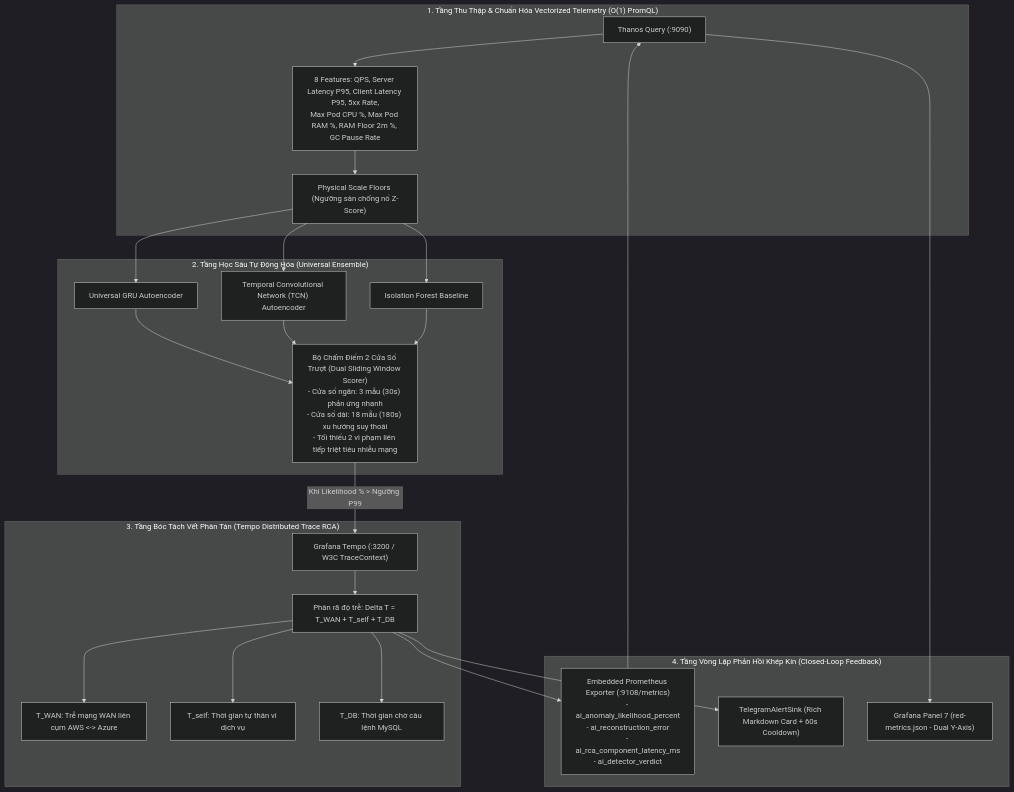
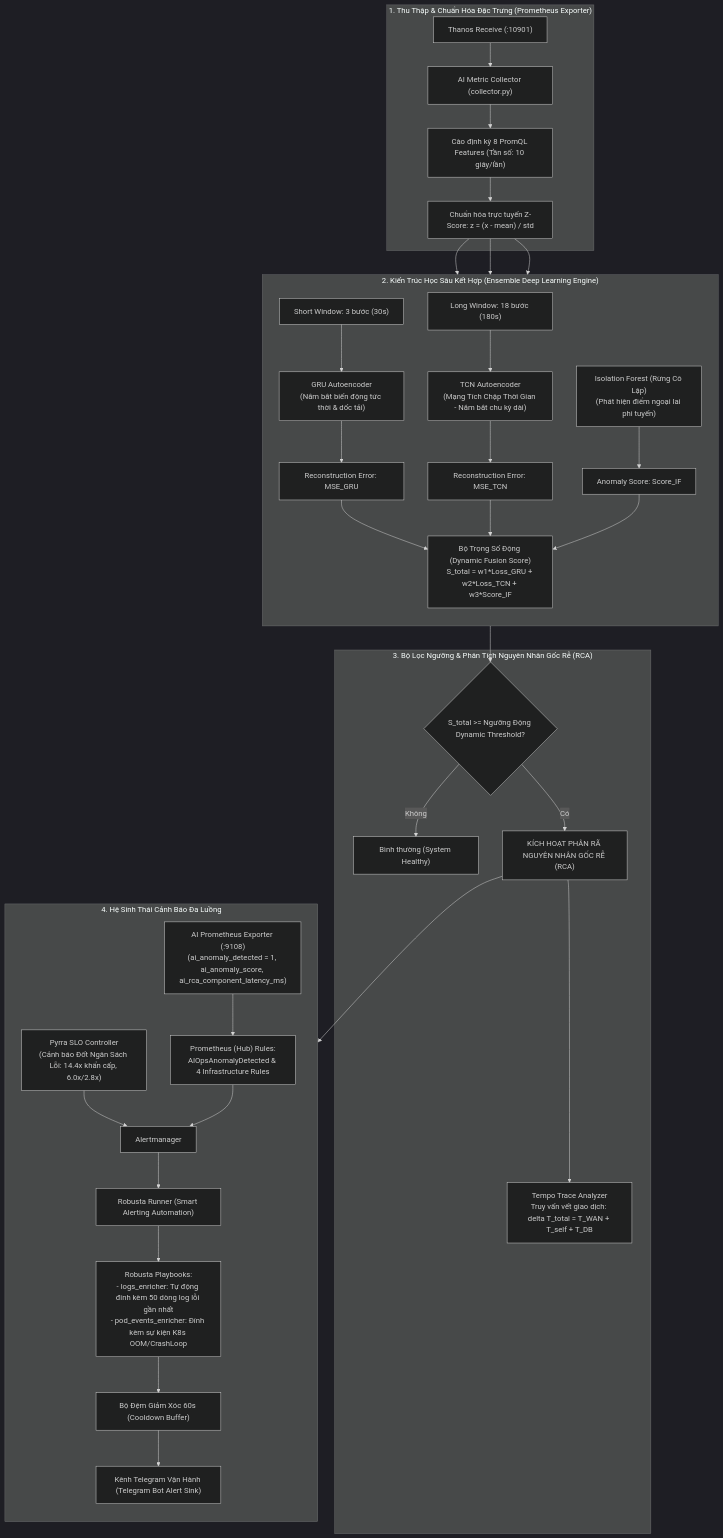
One commit to nnviet23/multicloud-monitoring changed the sixth of 6 diagrams in docs/architecture/01_SystemArchitecturePlan.md. Above: the diagram before and after it, drawn with Mermaid (dark theme). The commit also changed other lines of this file and 117 other files, not shown here.

Commit message:
update diagram, schema and report based Otel Semantics Conv

````diff
--- a/docs/architecture/01_SystemArchitecturePlan.md
+++ b/docs/architecture/01_SystemArchitecturePlan.md
@@ -481,39 +568,47 @@
 ```mermaid
-flowchart TB
-    subgraph DataPlane ["1. Tầng Thu Thập & Chuẩn Hóa Vectorized Telemetry (O(1) PromQL)"]
-        ThanosEngine["Thanos Query (:9090)"]
-        Features["8 Features: QPS, Server Latency P95, Client Latency P95, 5xx Rate,\nMax Pod CPU %, Max Pod RAM %, RAM Floor 2m %, GC Pause Rate"]
-        ScaleFloors["Physical Scale Floors (Ngưỡng sàn chống nổ Z-Score)"]
-        ThanosEngine --> Features --> ScaleFloors
-    end
+flowchart TD
+  subgraph Data_Collection ["1. Thu Thập & Chuẩn Hóa Đặc Trưng (Prometheus Exporter)"]
+    Thanos["Thanos Receive (:10901)"] --> Collector["AI Metric Collector (collector.py)"]
+    Collector --> PromQL_8["Cào định kỳ 8 PromQL Features (Tần số: 10 giây/lần)"]
+    PromQL_8 --> Z_Score["Chuẩn hóa trực tuyến Z-Score: z = (x - mean) / std"]
+  end
 
-    subgraph ModelPlane ["2. Tầng Học Sâu Tự Động Hóa (Universal Ensemble)"]
-        GRU["Universal GRU Autoencoder"]
-        TCN["Temporal Convolutional Network (TCN) Autoencoder"]
-        IsoForest["Isolation Forest Baseline"]
-        DualWindow["Bộ Chấm Điểm 2 Cửa Sổ Trượt (Dual Sliding Window Scorer)\n- Cửa sổ ngắn: 3 mẫu (30s) phản ứng nhanh\n- Cửa sổ dài: 18 mẫu (180s) xu hướng suy thoái\n- Tối thiểu 2 vi phạm liên tiếp triệt tiêu nhiễu mạng"]
-        
-        ScaleFloors --> GRU & TCN & IsoForest --> DualWindow
-    end
+  subgraph AI_Ensemble ["2. Kiến Trúc Học Sâu Kết Hợp (Ensemble Deep Learning Engine)"]
+    direction TB
+    Z_Score --> SwShort["Short Window: 3 bước (30s)"]
+    Z_Score --> SwLong["Long Window: 18 bước (180s)"]
+    
+    SwShort --> GRU_AE["GRU Autoencoder\n(Nắm bắt biến động tức thời & dốc tải)"]
+    SwLong --> TCN_AE["TCN Autoencoder\n(Mạng Tích Chập Thời Gian - Nắm bắt chu kỳ dài)"]
+    
+    GRU_AE --> Loss1["Reconstruction Error: MSE_GRU"]
+    TCN_AE --> Loss2["Reconstruction Error: MSE_TCN"]
+    
+    Z_Score --> IsoForest["Isolation Forest (Rừng Cô Lập)\n(Phát hiện điểm ngoại lai phi tuyến)"]
+    IsoForest --> Score_IF["Anomaly Score: Score_IF"]
+    
+    Loss1 & Loss2 & Score_IF --> Fusion["Bộ Trọng Số Động (Dynamic Fusion Score)\nS_total = w1*Loss_GRU + w2*Loss_TCN + w3*Score_IF"]
+  end
 
-    subgraph RCAPlane ["3. Tầng Bóc Tách Vết Phân Tán (Tempo Distributed Trace RCA)"]
-        TempoEngine["Grafana Tempo (:3200 / W3C TraceContext)"]
-        TraceDecomp["Phân rã độ trễ: Delta T = T_WAN + T_self + T_DB"]
-        TWAN["T_WAN: Trễ mạng WAN liên cụm AWS <-> Azure"]
-        TSelf["T_self: Thời gian tự thân vi dịch vụ"]
-        TDB["T_DB: Thời gian chờ câu lệnh MySQL"]
-        
-        DualWindow -->|Khi Likelihood % > Ngưỡng P99| TempoEngine
-        TempoEngine --> TraceDecomp --> TWAN & TSelf & TDB
-    end
+  subgraph Decision_Gate ["3. Bộ Lọc Ngưỡng & Phân Tích Nguyên Nhân Gốc Rễ (RCA)"]
+    Fusion --> CheckThreshold{"S_total >= Ngưỡng Động Dynamic Threshold?"}
+    CheckThreshold --"Không"--> NormalState["Bình thường (System Healthy)"]
+    CheckThreshold --"Có"--> RCA_Trigger["KÍCH HOẠT PHÂN RÃ NGUYÊN NHÂN GỐC RỄ (RCA)"]
+    
+    RCA_Trigger --> TempoRCA["Tempo Trace Analyzer\nTruy vấn vết giao dịch: delta T_total = T_WAN + T_self + T_DB"]
+  end
 
-    subgraph FeedbackPlane ["4. Tầng Vòng Lặp Phản Hồi Khép Kín (Closed-Loop Feedback)"]
-        MetricsServer["Embedded Prometheus Exporter (:9108/metrics)\n- ai_anomaly_likelihood_percent\n- ai_reconstruction_error\n- ai_rca_component_latency_ms\n- ai_detector_verdict"]
-        TelegramSink["TelegramAlertSink (Rich Markdown Card + 60s Cooldown)"]
-        GrafanaUI["Grafana Panel 7 (red-metrics.json - Dual Y-Axis)"]
-        
-        TraceDecomp --> MetricsServer & TelegramSink
-        MetricsServer --> ThanosEngine
-        ThanosEngine --> GrafanaUI
-    end
+  subgraph Alerting_Ecosystem ["4. Hệ Sinh Thái Cảnh Báo Đa Luồng"]
+    direction TB
+    RCA_Trigger --> AI_Exp["AI Prometheus Exporter (:9108)\n(ai_anomaly_detected = 1, ai_anomaly_score, ai_rca_component_latency_ms)"]
+    AI_Exp --> PromHub["Prometheus (Hub) Rules:\nAIOpsAnomalyDetected & 4 Infrastructure Rules"]
+    
+    Pyrra["Pyrra SLO Controller\n(Cảnh báo Đốt Ngân Sách Lỗi: 14.4x khẩn cấp, 6.0x/2.8x)"] --> Alertmanager
+    PromHub --> Alertmanager["Alertmanager"]
+    
+    Alertmanager --> Robusta["Robusta Runner (Smart Alerting Automation)"]
+    Robusta --> Playbooks["Robusta Playbooks:\n- logs_enricher: Tự động đính kèm 50 dòng log lỗi gần nhất\n- pod_events_enricher: Đính kèm sự kiện K8s OOM/CrashLoop"]
+    Playbooks --> Cooldown["Bộ Đệm Giảm Xóc 60s (Cooldown Buffer)"]
+    Cooldown --> Telegram["Kênh Telegram Vận Hành (Telegram Bot Alert Sink)"]
+  end
 ```
````
